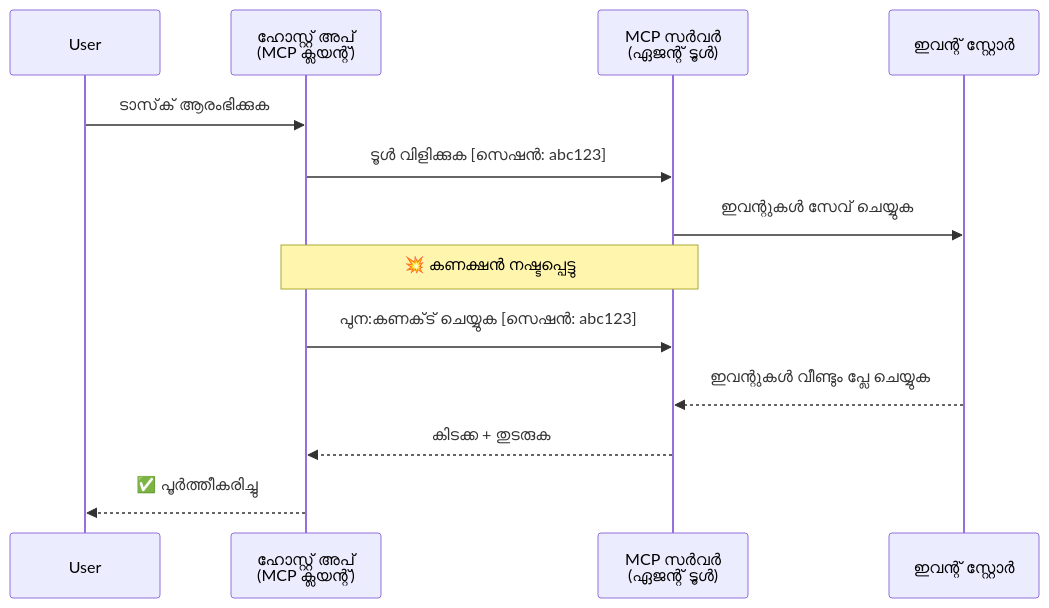
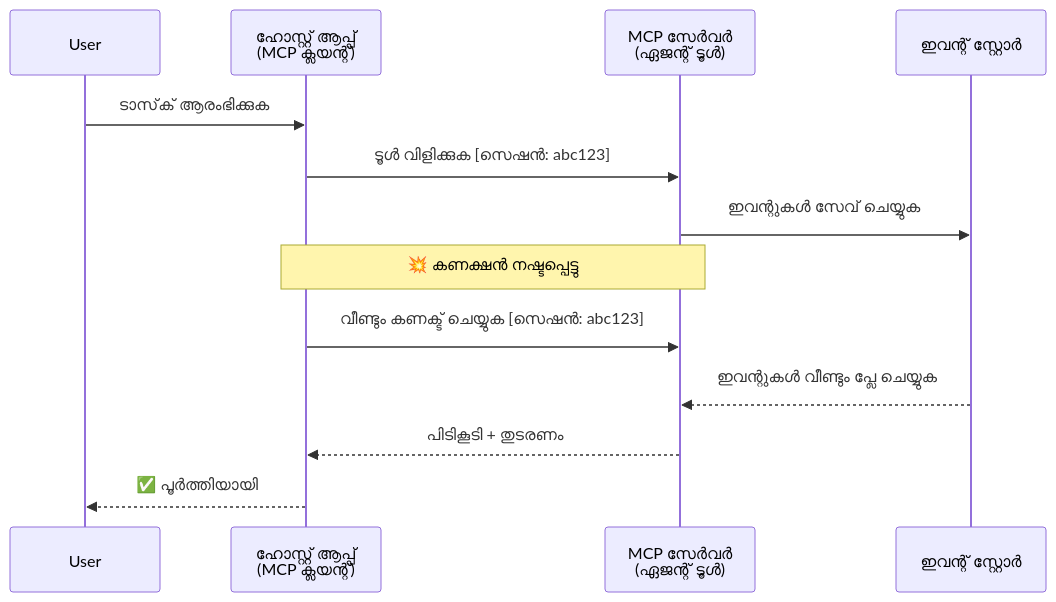
Before and after one commit to gabrielmoreira/agent-skills-mirror: the second of 5 diagrams in mirrors/repos/microsoft@ai-agents-for-beginners/translations/ml/11-agentic-protocols/code_samples/mcp-agents/README.md, drawn with Mermaid. The commit also changed other lines of this file and 4262 other files, not shown here.

````diff
--- a/mirrors/repos/microsoft@ai-agents-for-beginners/translations/ml/11-agentic-protocols/code_samples/mcp-agents/README.md
+++ b/mirrors/repos/microsoft@ai-agents-for-beginners/translations/ml/11-agentic-protocols/code_samples/mcp-agents/README.md
@@ -82,18 +82,18 @@
 ```mermaid
 sequenceDiagram
     participant User
-    participant Host as ഹോസ്റ്റ് അപ്<br/>(MCP ക്ലയന്റ്)
-    participant Server as MCP സർവർ<br/>(ഏജന്റ് ടൂൾ)
+    participant Host as ഹോസ്റ്റ് ആപ്പ്<br/>(MCP ക്ലയന്റ്)
+    participant Server as MCP സേർവർ<br/>(ഏജന്റ് ടൂൾ)
     participant Store as ഇവന്റ് സ്റ്റോർ
 
     User->>Host: ടാസ്‌ക് ആരംഭിക്കുക
     Host->>Server: ടൂൾ വിളിക്കുക [സെഷൻ: abc123]
     Server->>Store: ഇവന്റുകൾ സേവ് ചെയ്യുക
 
     Note over Host,Server: 💥 കണക്ഷൻ നഷ്ടപ്പെട്ടു
 
-    Host->>Server: പുന:കണക്‌ട് ചെയ്യുക [സെഷൻ: abc123]
+    Host->>Server: വീണ്ടും കണക്ട് ചെയ്യുക [സെഷൻ: abc123]
     Store-->>Server: ഇവന്റുകൾ വീണ്ടും പ്ലേ ചെയ്യുക
-    Server-->>Host: കിടക്ക + തുടരുക
-    Host-->>User: ✅ പൂര്‍ത്തീകരിച്ചു
+    Server-->>Host: പിടികൂടി + തുടരണം
+    Host-->>User: ✅ പൂർത്തിയായി
 ```
````
